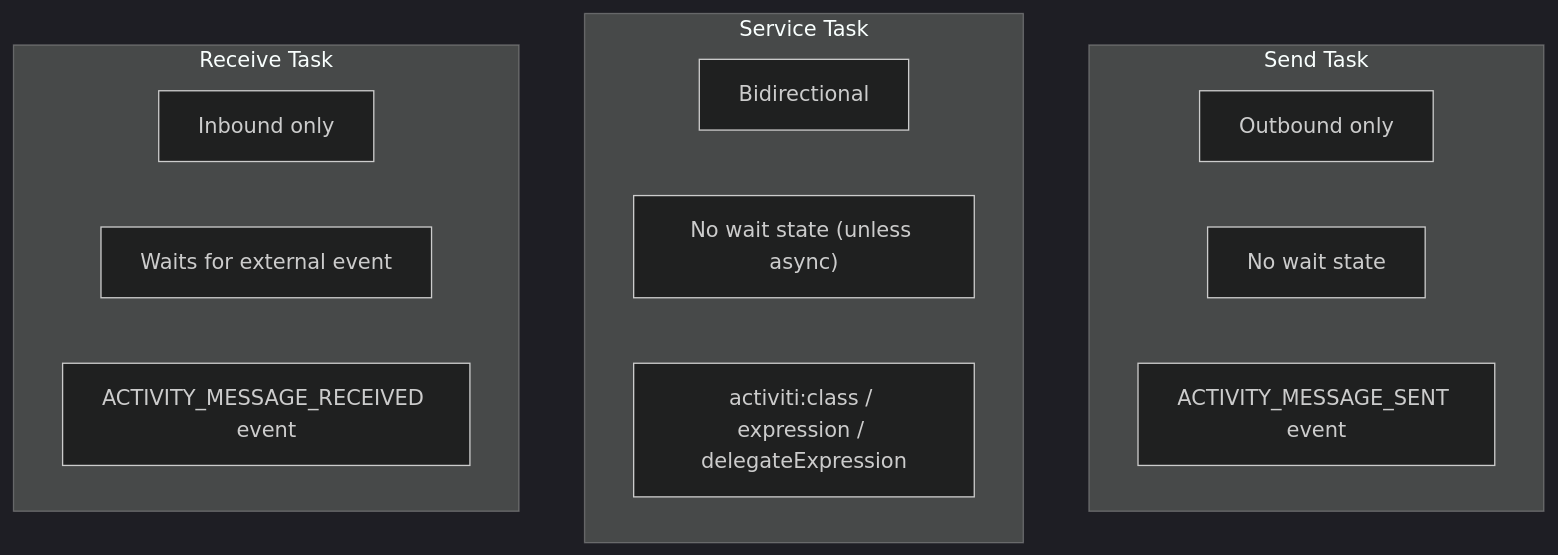
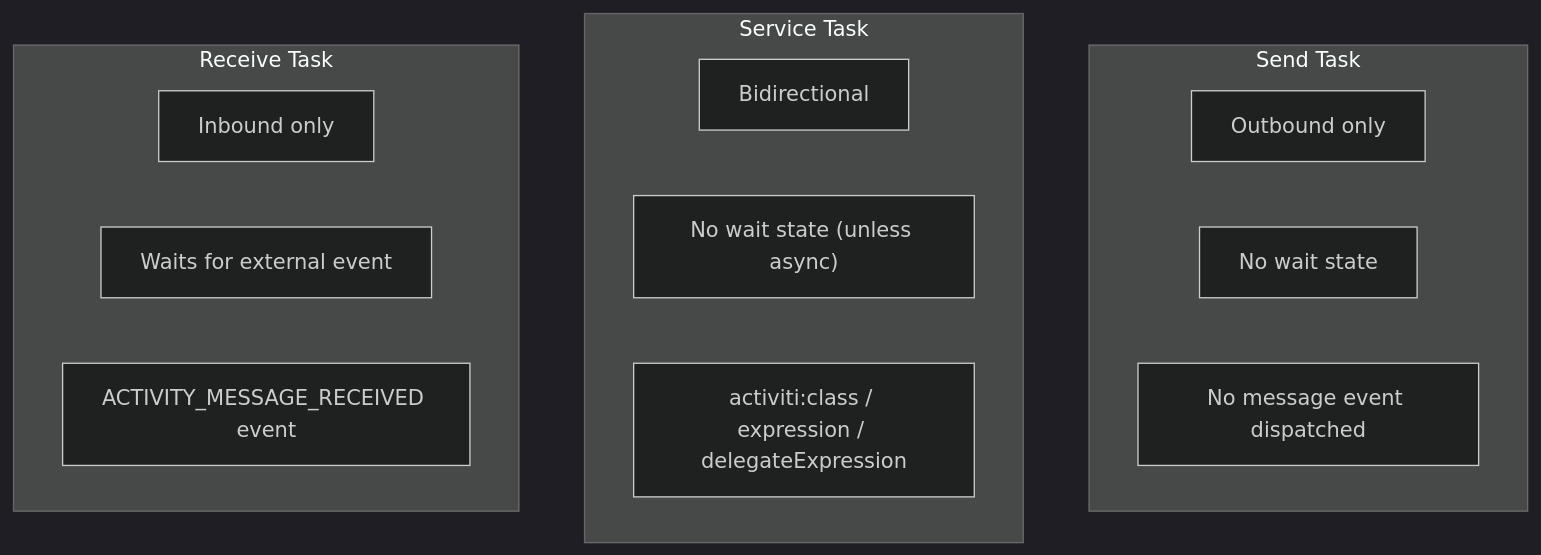
One commit to CaptainGlac1er/activiti-documentation changed the diagram in docs/bpmn/elements/send-task.md. Above: the diagram before and after it, drawn with Mermaid (dark theme). The commit also changed other lines of this file and 72 other files, not shown here.

````diff
--- a/docs/bpmn/elements/send-task.md
+++ b/docs/bpmn/elements/send-task.md
@@ -93,18 +99,18 @@
 ```mermaid
 graph TD
     subgraph SendTask["Send Task"]
         S1["Outbound only"]
         S2["No wait state"]
-        S3["ACTIVITY_MESSAGE_SENT event"]
+        S3["No message event dispatched"]
     end
     subgraph ServiceTask["Service Task"]
         ST1["Bidirectional"]
         ST2["No wait state (unless async)"]
         ST3["activiti:class / expression / delegateExpression"]
     end
     subgraph ReceiveTask["Receive Task"]
         RT1["Inbound only"]
         RT2["Waits for external event"]
         RT3["ACTIVITY_MESSAGE_RECEIVED event"]
     end
 ```
````
